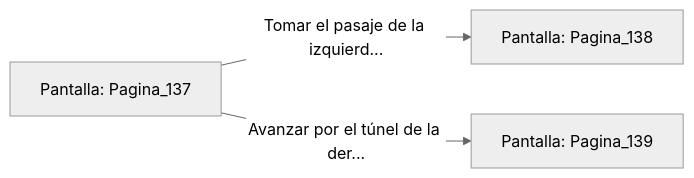
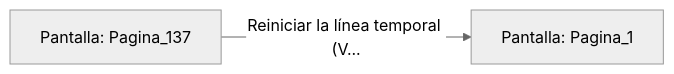
One commit to metsuke/mpl changed the diagram in sample/eligejuego-vault/Pantalla_Pagina_137.md. Above: the diagram before and after it, drawn with Mermaid (neutral theme). The commit also changed other lines of this file and 635 other files, not shown here.

First line of the commit message:
fix: añadir Pagina_1 como pantalla inicial en capitulo_01.mpl

````diff
--- a/sample/eligejuego-vault/Pantalla_Pagina_137.md
+++ b/sample/eligejuego-vault/Pantalla_Pagina_137.md
@@ -20,6 +17,5 @@
 ```mermaid
 graph LR
     P_Pagina_137["Pantalla: Pagina_137"]
-    P_Pagina_137 -->|"Tomar el pasaje de la izquierd..."| P_Pagina_138["Pantalla: Pagina_138"]
-    P_Pagina_137 -->|"Avanzar por el túnel de la der..."| P_Pagina_139["Pantalla: Pagina_139"]
+    P_Pagina_137 -->|"Reiniciar la línea temporal (V..."| P_Pagina_1["Pantalla: Pagina_1"]
 ```
````
